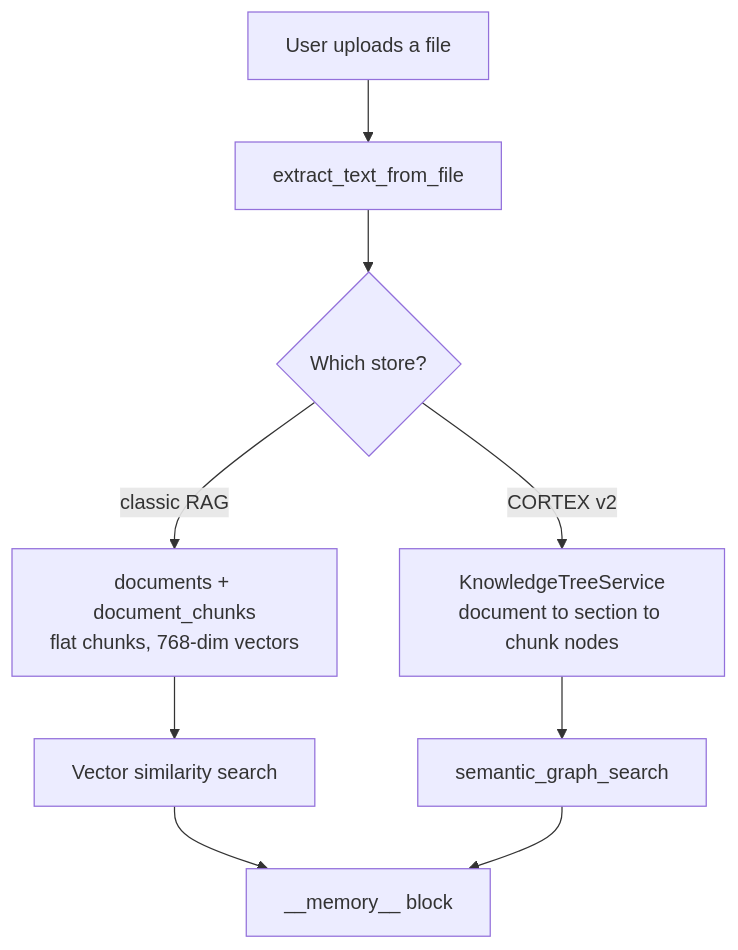
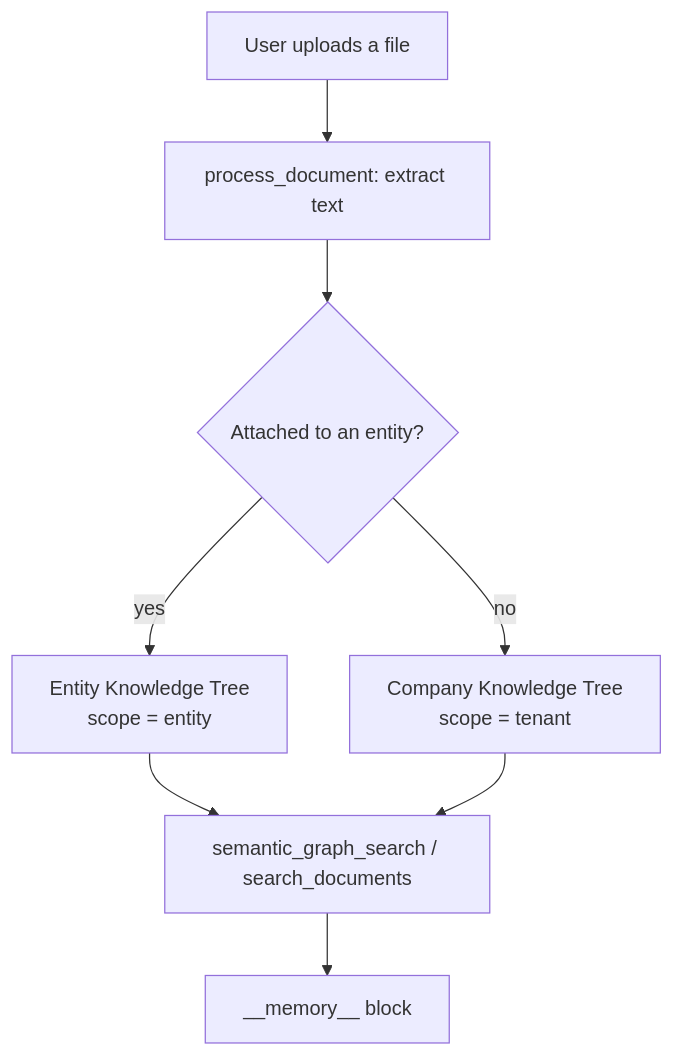
Before and after one commit to gondolerahul/hire-buddha-app: diagram 15 of 24 in docs/current/08-memory-and-cortex.md, drawn with Mermaid. The commit also changed other lines of this file and 5 other files, not shown here.

First line of the commit message:
docs(memory): document the wired read path and the removal of v1 memory

````diff
--- a/docs/current/08-memory-and-cortex.md
+++ b/docs/current/08-memory-and-cortex.md
@@ -970,11 +954,10 @@
 ```mermaid
 flowchart TB
-    UP["User uploads a file"] --> EXT["extract_text_from_file"]
-    EXT --> FORK{"Which store?"}
-    FORK -->|classic RAG| DOCS["documents + document_chunks<br/>flat chunks, 768-dim vectors"]
-    FORK -->|CORTEX v2| KT["KnowledgeTreeService<br/>document to section to chunk nodes"]
-    DOCS --> VS["Vector similarity search"]
-    KT --> SGS["semantic_graph_search"]
-    VS --> PROMPT["__memory__ block"]
-    SGS --> PROMPT
+    UP["User uploads a file"] --> EXT["process_document: extract text"]
+    EXT --> FORK{"Attached to an entity?"}
+    FORK -->|yes| KTE["Entity Knowledge Tree<br/>scope = entity"]
+    FORK -->|no| KTC["Company Knowledge Tree<br/>scope = tenant"]
+    KTE --> SGS["semantic_graph_search / search_documents"]
+    KTC --> SGS
+    SGS --> PROMPT["__memory__ block"]
 ```
````
